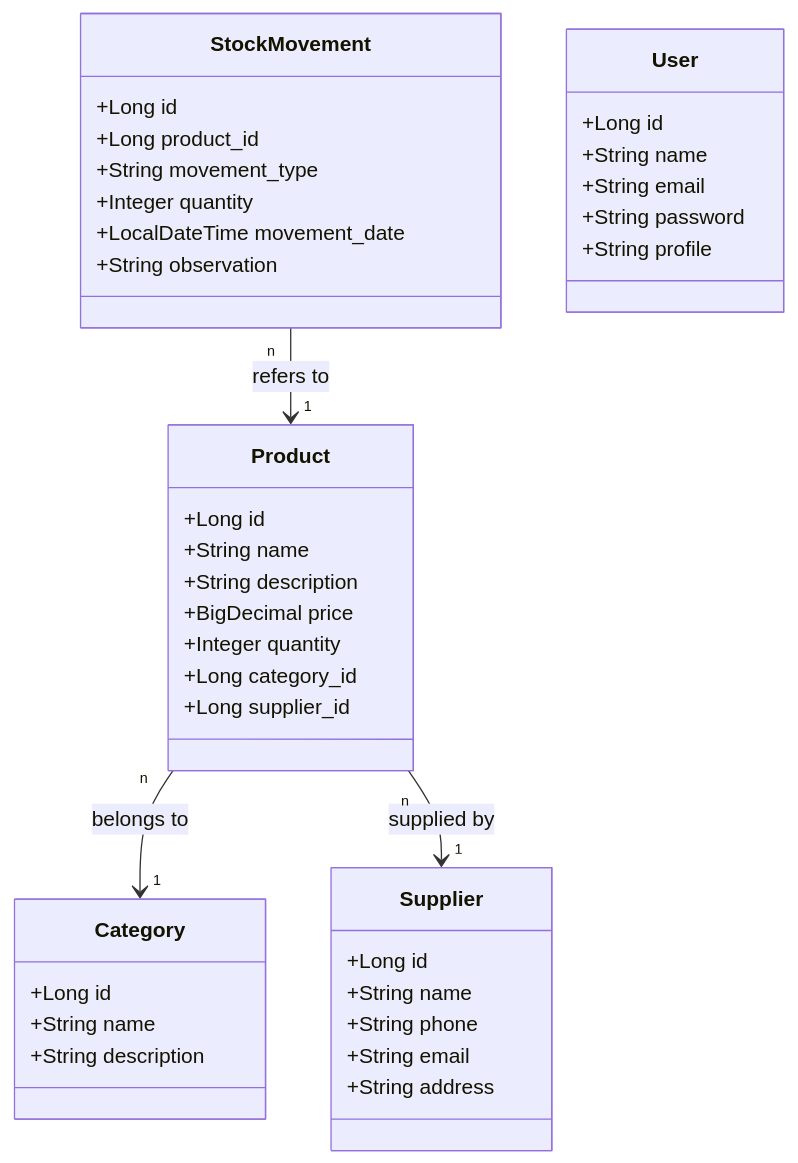
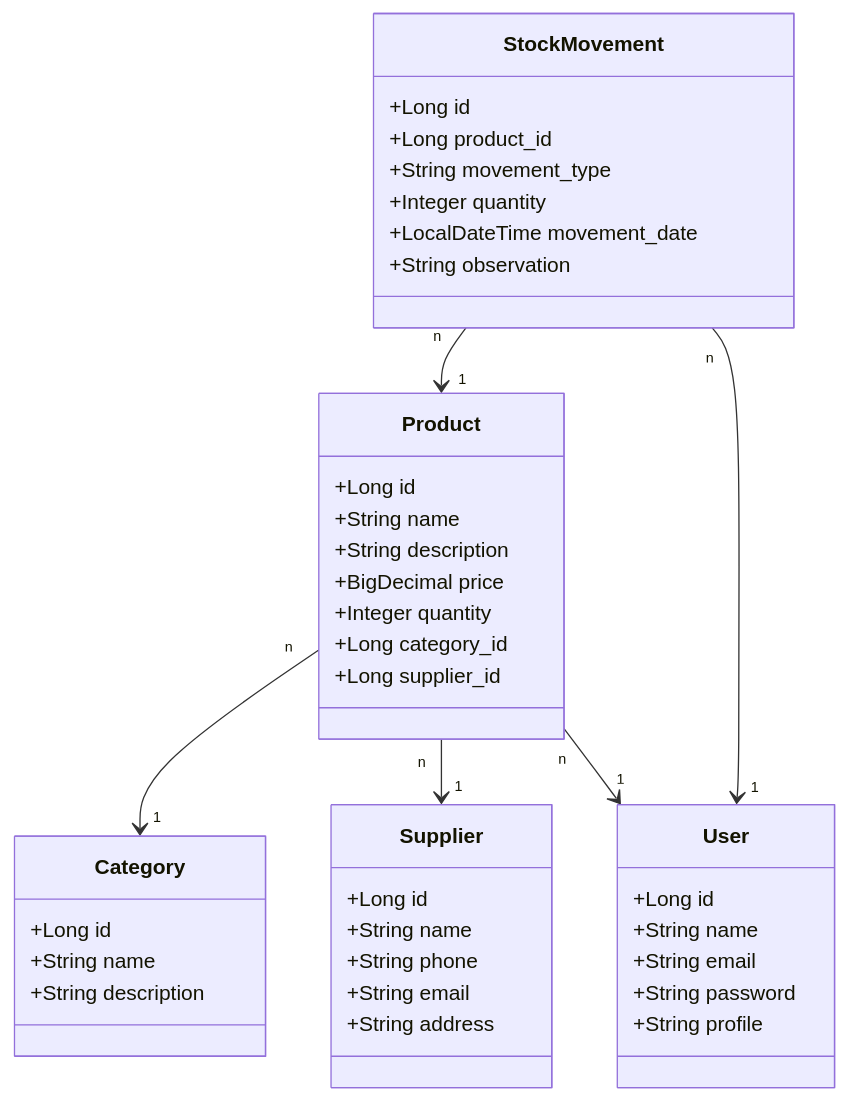
The diagram in README.md (jhoony0/API-controle-de-estoque), drawn with Mermaid before and after one commit.

````diff
--- a/README.md
+++ b/README.md
@@ -4,47 +4,49 @@
 ``` mermaid
 classDiagram
     class Product {
         +Long id
         +String name
         +String description
         +BigDecimal price
         +Integer quantity
         +Long category_id
         +Long supplier_id
     }
 
     class Category {
         +Long id
         +String name
         +String description
     }
 
     class Supplier {
         +Long id
         +String name
         +String phone
         +String email
         +String address
     }
 
     class StockMovement {
         +Long id
         +Long product_id
         +String movement_type
         +Integer quantity
         +LocalDateTime movement_date
         +String observation
     }
 
     class User {
         +Long id
         +String name
         +String email
         +String password
         +String profile
     }
 
-    Product "n" --> "1" Category : belongs to
-    Product "n" --> "1" Supplier : supplied by
-    StockMovement "n" --> "1" Product : refers to
+    Product "n" --> "1" Category 
+    Product "n" --> "1" Supplier
+    Product "n" --> "1" User
+    StockMovement "n" --> "1" Product
+    StockMovement "n" --> "1" User
 ```
````
